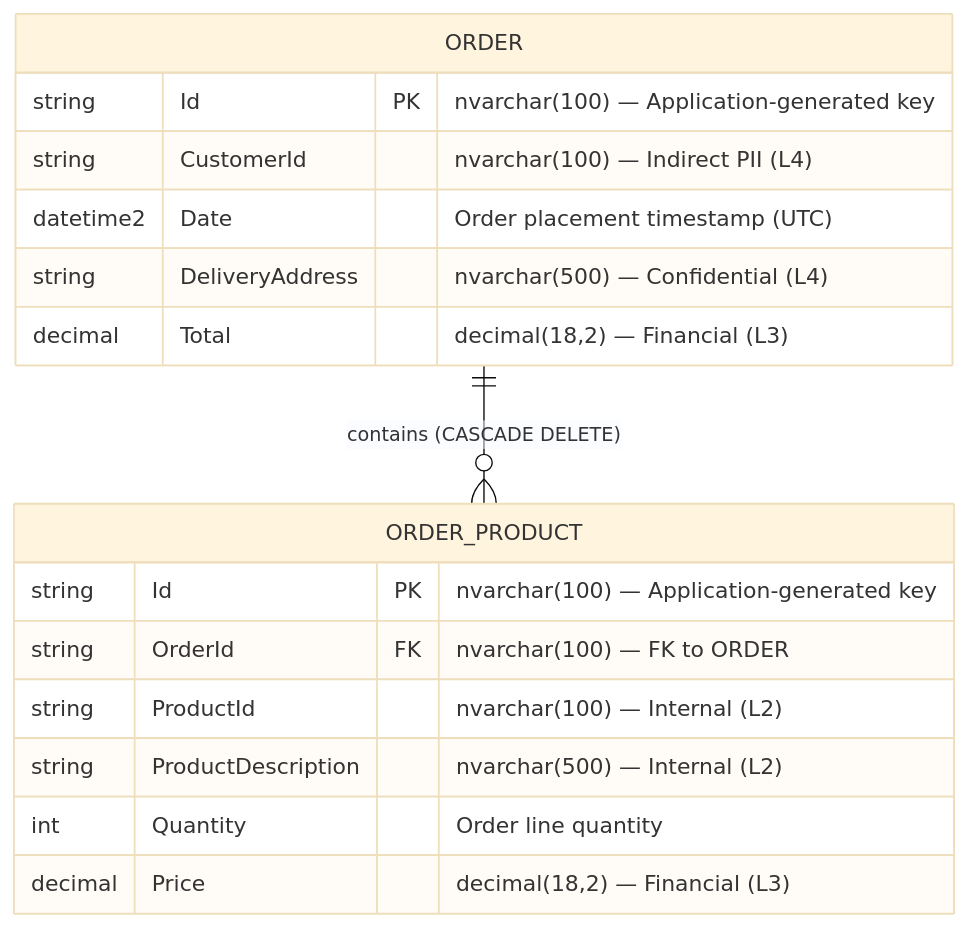
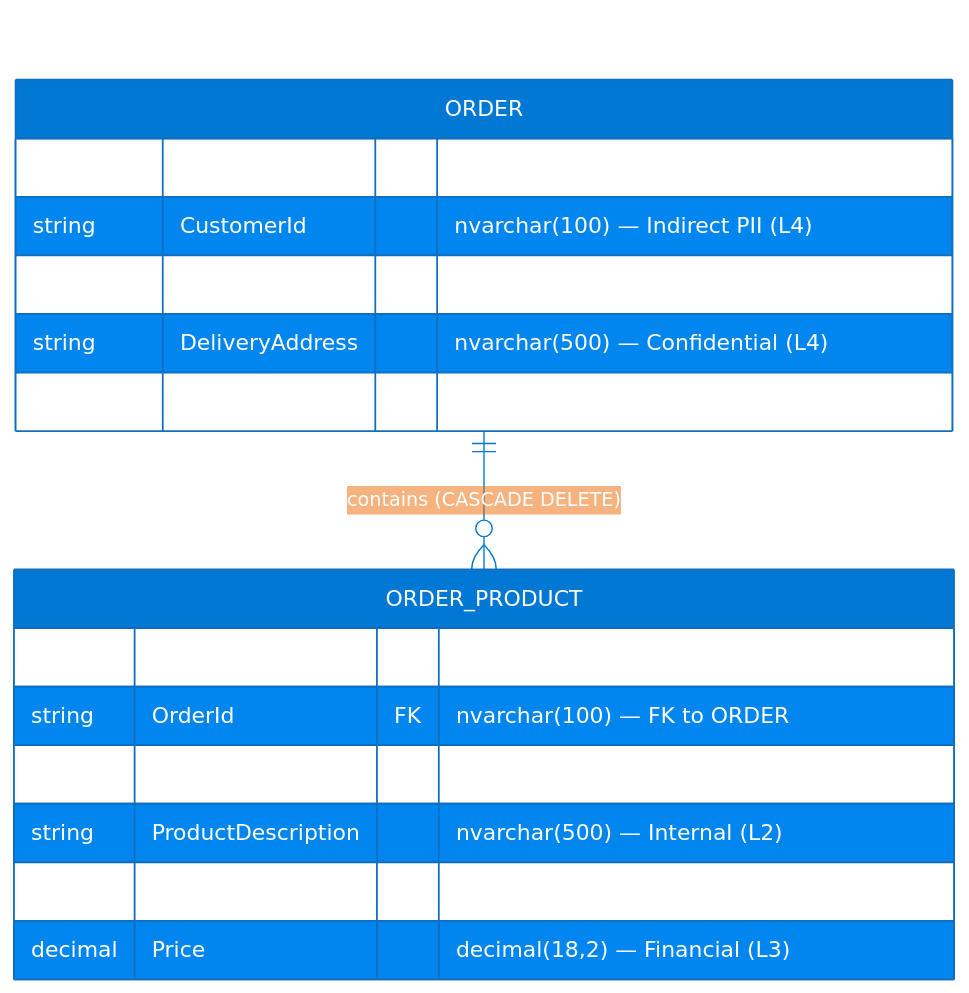
One commit to Evilazaro/Azure-LogicApps-Monitoring changed the fifth of 7 diagrams in docs/architecture/data-architecture.md. Above: the diagram before and after it, drawn with Mermaid. The commit also changed other lines of this file, not shown here.

Commit message:
Enhance Mermaid diagrams with improved titles, styling, and curve settings for better clarity and consistency

````diff
--- a/docs/architecture/data-architecture.md
+++ b/docs/architecture/data-architecture.md
@@ -532,42 +556,47 @@
 ```mermaid
 ---
+title: eShop Orders Database Entity-Relationship Diagram
 config:
   theme: base
   look: classic
   themeVariables:
     fontSize: '16px'
+    primaryColor: '#0078D4'
+    primaryBorderColor: '#106EBE'
+    primaryTextColor: '#FFFFFF'
+    lineColor: '#0078D4'
 ---
 erDiagram
     accTitle: eShop Orders Database Entity-Relationship Diagram
     accDescr: Depicts the one-to-many relationship between the Orders table and OrderProducts table in Azure SQL Database. Orders contain one or more OrderProducts linked by OrderId foreign key with cascade delete.
 
     %% ═══════════════════════════════════════════════════════════════════════════
     %% AZURE / FLUENT ARCHITECTURE PATTERN v1.1
     %% (Semantic + Structural + Font + Accessibility Governance)
     %% ═══════════════════════════════════════════════════════════════════════════
     %% PHASE 1 - FLUENT UI: All styling uses approved Fluent UI palette only
     %% PHASE 2 - GROUPS: Every subgraph has semantic color via style directive
     %% PHASE 3 - COMPONENTS: Every node has semantic classDef + icon prefix
     %% PHASE 4 - ACCESSIBILITY: accTitle/accDescr present, WCAG AA contrast
     %% PHASE 5 - STANDARD: Governance block present, classDefs centralized
     %% ═══════════════════════════════════════════════════════════════════════════
 
     ORDER {
         string Id PK "nvarchar(100) — Application-generated key"
         string CustomerId "nvarchar(100) — Indirect PII (L4)"
         datetime2 Date "Order placement timestamp (UTC)"
         string DeliveryAddress "nvarchar(500) — Confidential (L4)"
         decimal Total "decimal(18,2) — Financial (L3)"
     }
 
     ORDER_PRODUCT {
         string Id PK "nvarchar(100) — Application-generated key"
         string OrderId FK "nvarchar(100) — FK to ORDER"
         string ProductId "nvarchar(100) — Internal (L2)"
         string ProductDescription "nvarchar(500) — Internal (L2)"
         int Quantity "Order line quantity"
         decimal Price "decimal(18,2) — Financial (L3)"
     }
 
     ORDER ||--o{ ORDER_PRODUCT : "contains (CASCADE DELETE)"
 ```
````
